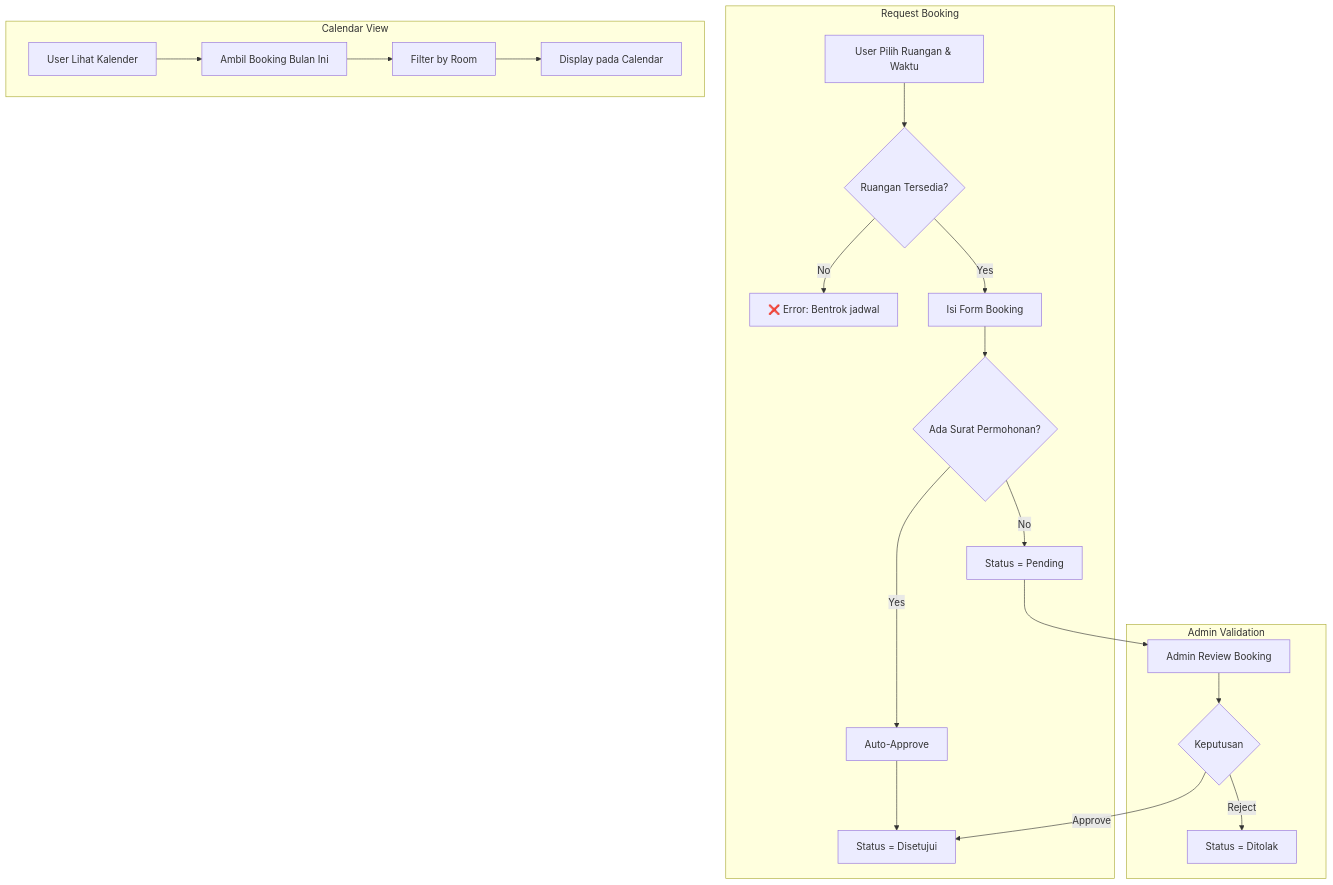
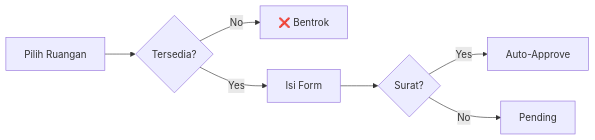
One commit to akhdanyafi/lab_uai_from_asyraf changed diagram 15 of 23 in docs/backend/BACKEND.md. Above: the diagram before and after it, drawn with Mermaid. The commit also changed other lines of this file, not shown here.

````diff
--- a/docs/backend/BACKEND.md
+++ b/docs/backend/BACKEND.md
@@ -349,25 +378,9 @@
 ```mermaid
-flowchart TD
-    subgraph "Request Booking"
-        A[User Pilih Ruangan & Waktu] --> B{Ruangan Tersedia?}
-        B -->|No| C[❌ Error: Bentrok jadwal]
-        B -->|Yes| D[Isi Form Booking]
-        D --> E{Ada Surat Permohonan?}
-        E -->|Yes| F[Auto-Approve]
-        E -->|No| G[Status = Pending]
-        F --> H[Status = Disetujui]
-    end
-    
-    subgraph "Admin Validation"
-        G --> I[Admin Review Booking]
-        I --> J{Keputusan}
-        J -->|Approve| H
-        J -->|Reject| K[Status = Ditolak]
-    end
-    
-    subgraph "Calendar View"
-        L[User Lihat Kalender] --> M[Ambil Booking Bulan Ini]
-        M --> N[Filter by Room]
-        N --> O[Display pada Calendar]
-    end
+flowchart LR
+    A[Pilih Ruangan] --> B{Tersedia?}
+    B -->|No| C[❌ Bentrok]
+    B -->|Yes| D[Isi Form]
+    D --> E{Surat?}
+    E -->|Yes| F[Auto-Approve]
+    E -->|No| G[Pending]
 ```
````
